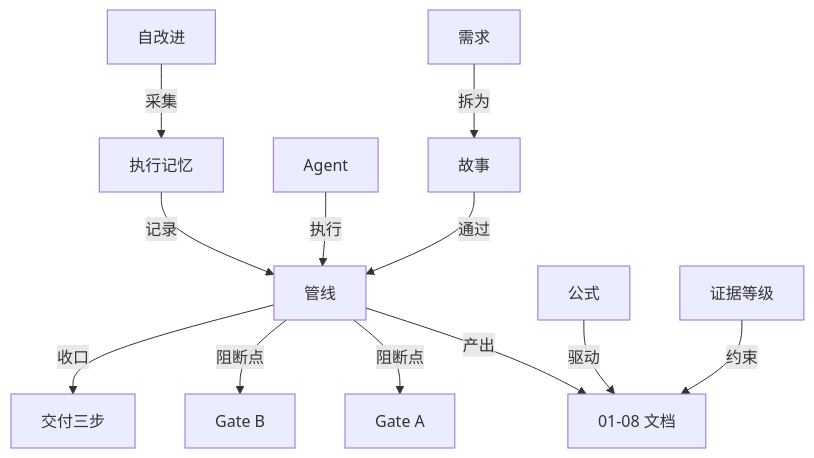
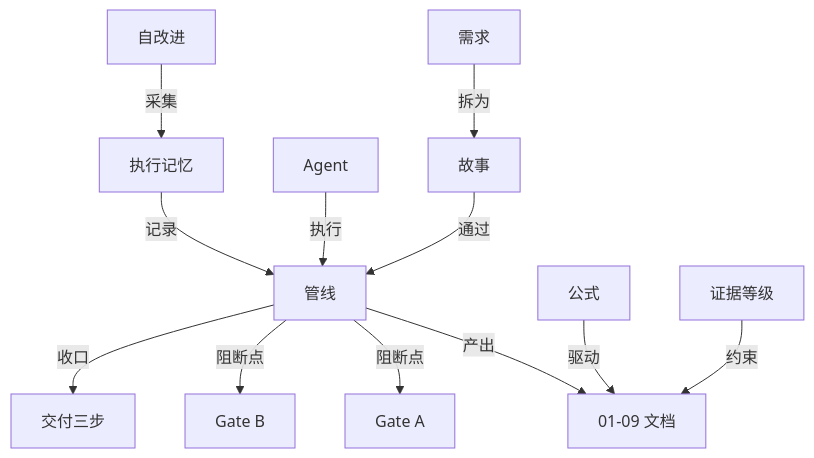
The sixth of 8 diagrams in README.md (effiy/YrY), drawn with Mermaid before and after one commit. The commit also changed other lines of this file and 17 other files, not shown here.

````diff
--- a/README.md
+++ b/README.md
@@ -229,14 +227,14 @@
 ```mermaid
 flowchart TD
     REQ[需求] -->|拆为| STORY[故事]
     STORY -->|通过| PIPE[管线]
-    PIPE -->|产出| DOCS[01-08 文档]
+    PIPE -->|产出| DOCS[01-09 文档]
     AGENT[Agent] -->|执行| PIPE
     FORMULA[公式] -->|驱动| DOCS
     EVIDENCE[证据等级] -->|约束| DOCS
     PIPE -->|阻断点| GA[Gate A]
     PIPE -->|阻断点| GB[Gate B]
     PIPE -->|收口| TRIAD[交付三步]
     SI[自改进] -->|采集| MEM[执行记忆]
     MEM -->|记录| PIPE
 ```
````
